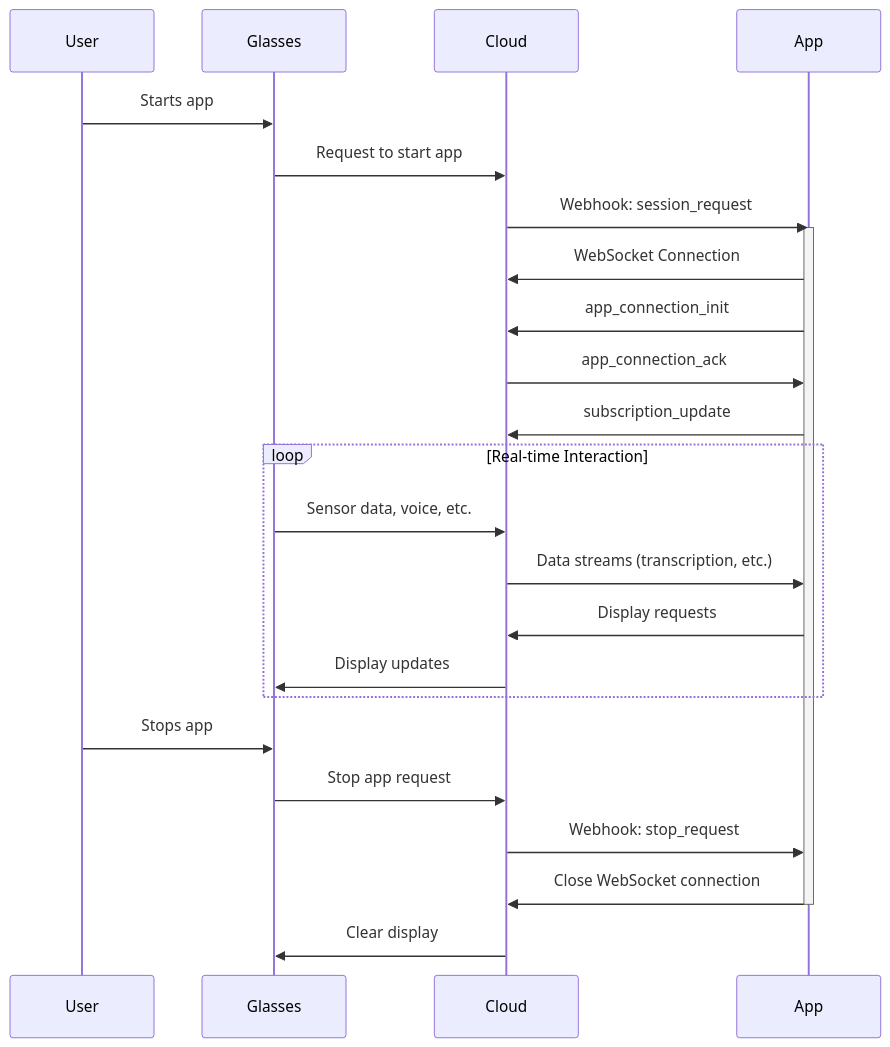
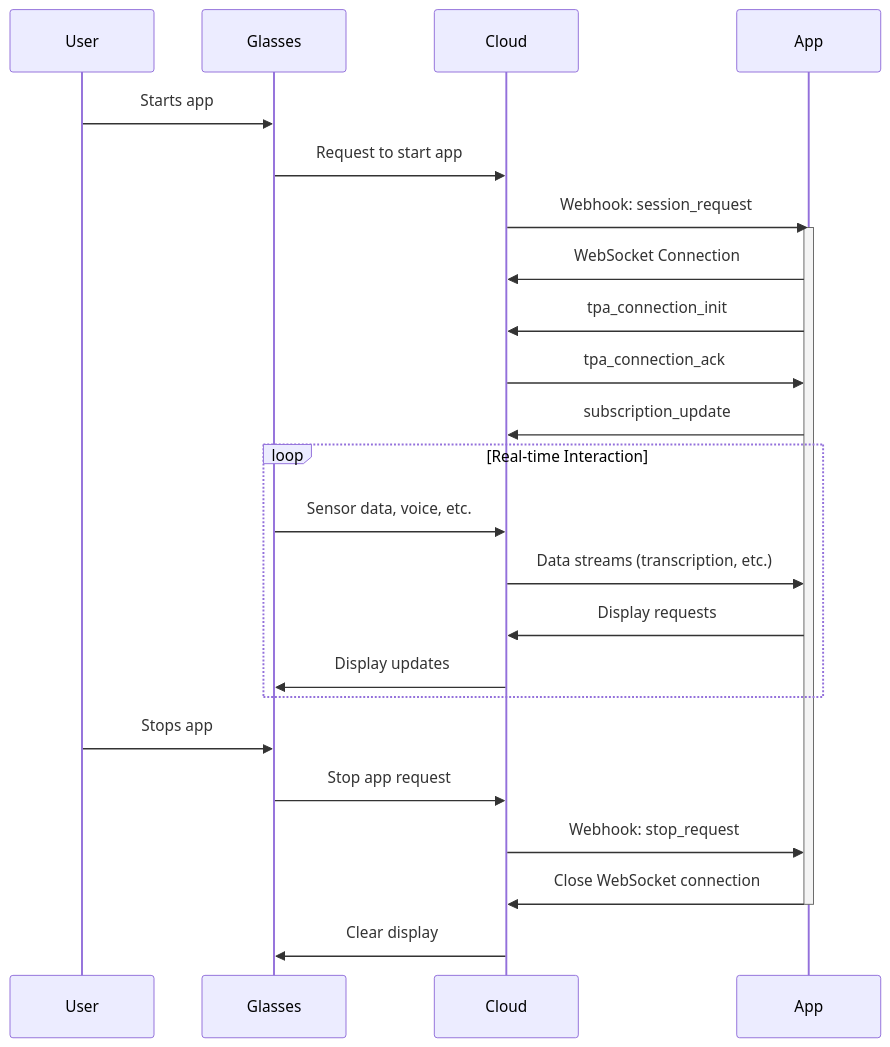
Before and after one commit to ebowwa/MentraOS: the diagram in mentraos_docs/docs/app-lifecycle.md, drawn with Mermaid. The commit also changed other lines of this file and 8 other files, not shown here.

````diff
--- a/mentraos_docs/docs/app-lifecycle.md
+++ b/mentraos_docs/docs/app-lifecycle.md
@@ -76,28 +76,28 @@
 ```mermaid
 sequenceDiagram
     participant User
     participant Glasses
     participant Cloud
     participant App
 
     User->>Glasses: Starts app
     Glasses->>Cloud: Request to start app
     Cloud->>App: Webhook: session_request
     activate App
     App->>Cloud: WebSocket Connection
-    App->>Cloud: app_connection_init
-    Cloud->>App: app_connection_ack
+    App->>Cloud: tpa_connection_init
+    Cloud->>App: tpa_connection_ack
     App->>Cloud: subscription_update
     loop Real-time Interaction
         Glasses->>Cloud: Sensor data, voice, etc.
         Cloud->>App: Data streams (transcription, etc.)
         App->>Cloud: Display requests
         Cloud->>Glasses: Display updates
     end
     User->>Glasses: Stops app
     Glasses->>Cloud: Stop app request
     Cloud->>App: Webhook: stop_request
     App->>Cloud: Close WebSocket connection
     deactivate App
     Cloud->>Glasses: Clear display
 ```
````
